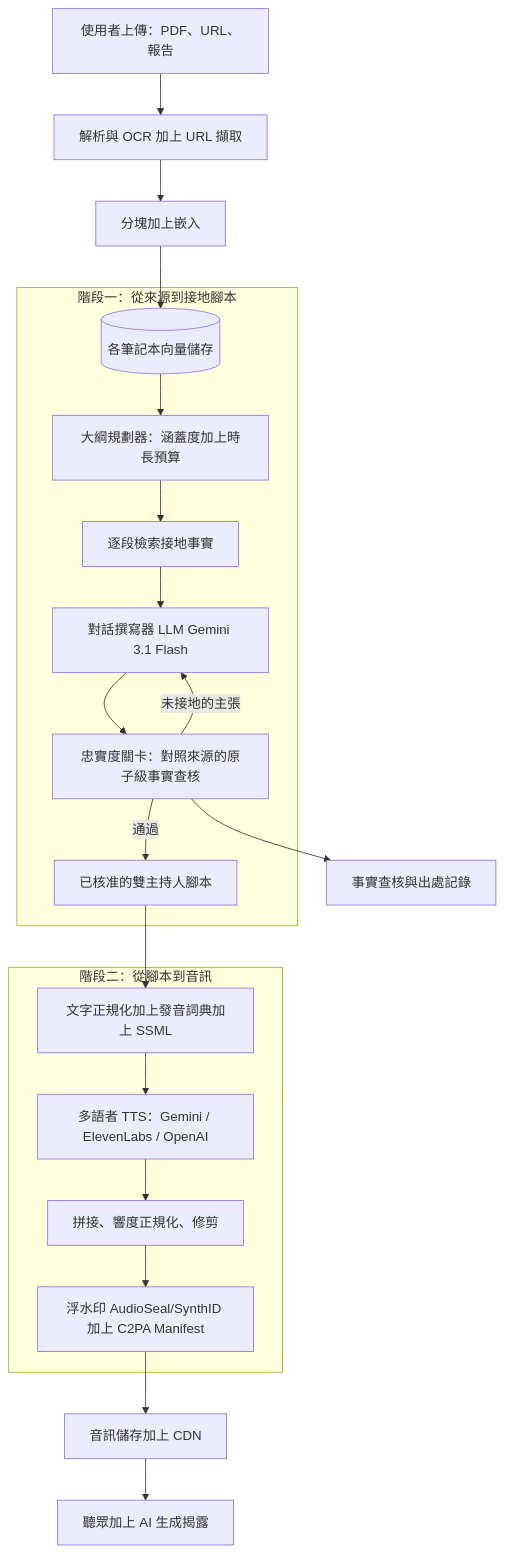
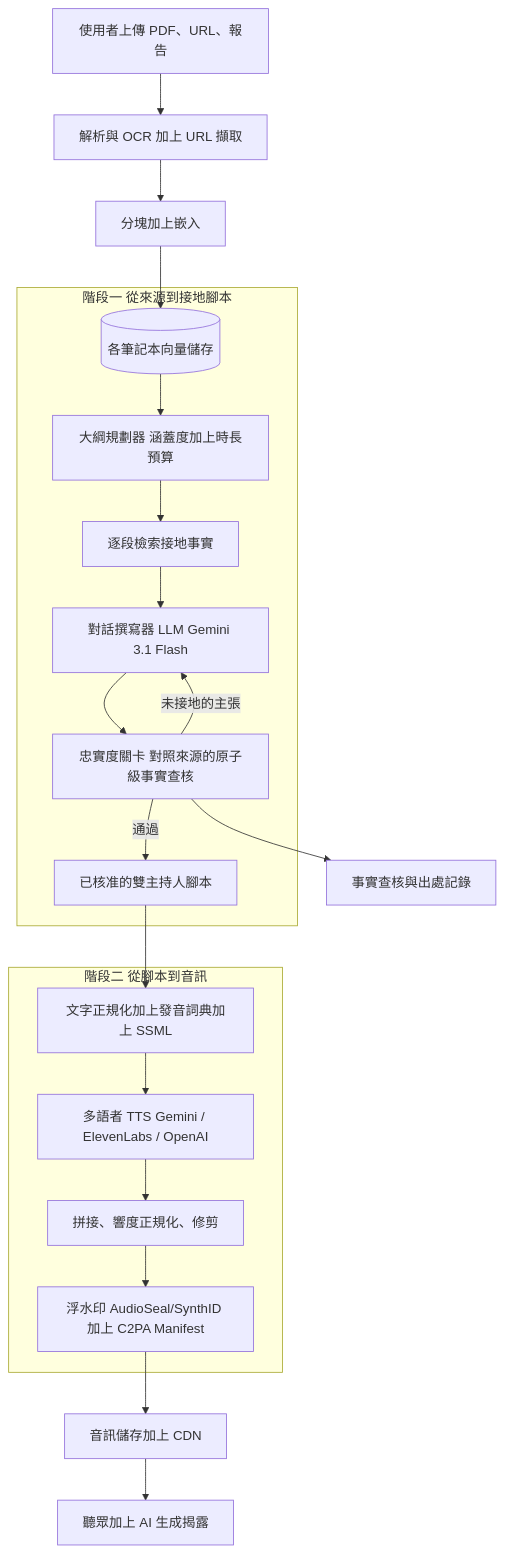
The first of 3 diagrams in i18n/zh-Hant/docusaurus-plugin-content-docs/current/16-case-studies/52-doc-to-podcast-audio-generation.md (jack51706/ai-system-design-guide), drawn with Mermaid before and after one commit. The commit also changed other lines of this file and 35 other files, not shown here.

````diff
--- a/i18n/zh-Hant/docusaurus-plugin-content-docs/current/16-case-studies/52-doc-to-podcast-audio-generation.md
+++ b/i18n/zh-Hant/docusaurus-plugin-content-docs/current/16-case-studies/52-doc-to-podcast-audio-generation.md
@@ -25,26 +25,26 @@
 ```mermaid
 flowchart TB
-    UP[使用者上傳：PDF、URL、報告] --> PARSE[解析與 OCR 加上 URL 擷取]
+    UP[使用者上傳 PDF、URL、報告] --> PARSE[解析與 OCR 加上 URL 擷取]
     PARSE --> CHUNK[分塊加上嵌入]
     CHUNK --> VS[(各筆記本向量儲存)]
 
-    subgraph Stage1["階段一：從來源到接地腳本"]
-        VS --> OUTLINE[大綱規劃器：涵蓋度加上時長預算]
+    subgraph Stage1["階段一 從來源到接地腳本"]
+        VS --> OUTLINE[大綱規劃器 涵蓋度加上時長預算]
         OUTLINE --> RET[逐段檢索接地事實]
         RET --> WRITE[對話撰寫器 LLM Gemini 3.1 Flash]
-        WRITE --> FC[忠實度關卡：對照來源的原子級事實查核]
+        WRITE --> FC[忠實度關卡 對照來源的原子級事實查核]
         FC -->|未接地的主張| WRITE
         FC -->|通過| SCRIPT[已核准的雙主持人腳本]
     end
 
-    subgraph Stage2["階段二：從腳本到音訊"]
+    subgraph Stage2["階段二 從腳本到音訊"]
         SCRIPT --> NORM[文字正規化加上發音詞典加上 SSML]
-        NORM --> TTS[多語者 TTS：Gemini / ElevenLabs / OpenAI]
+        NORM --> TTS[多語者 TTS Gemini / ElevenLabs / OpenAI]
         TTS --> POST[拼接、響度正規化、修剪]
         POST --> WM[浮水印 AudioSeal/SynthID 加上 C2PA Manifest]
     end
 
     WM --> CDN[音訊儲存加上 CDN]
     CDN --> USER[聽眾加上 AI 生成揭露]
     FC --> AUDIT[事實查核與出處記錄]
 ```
````
